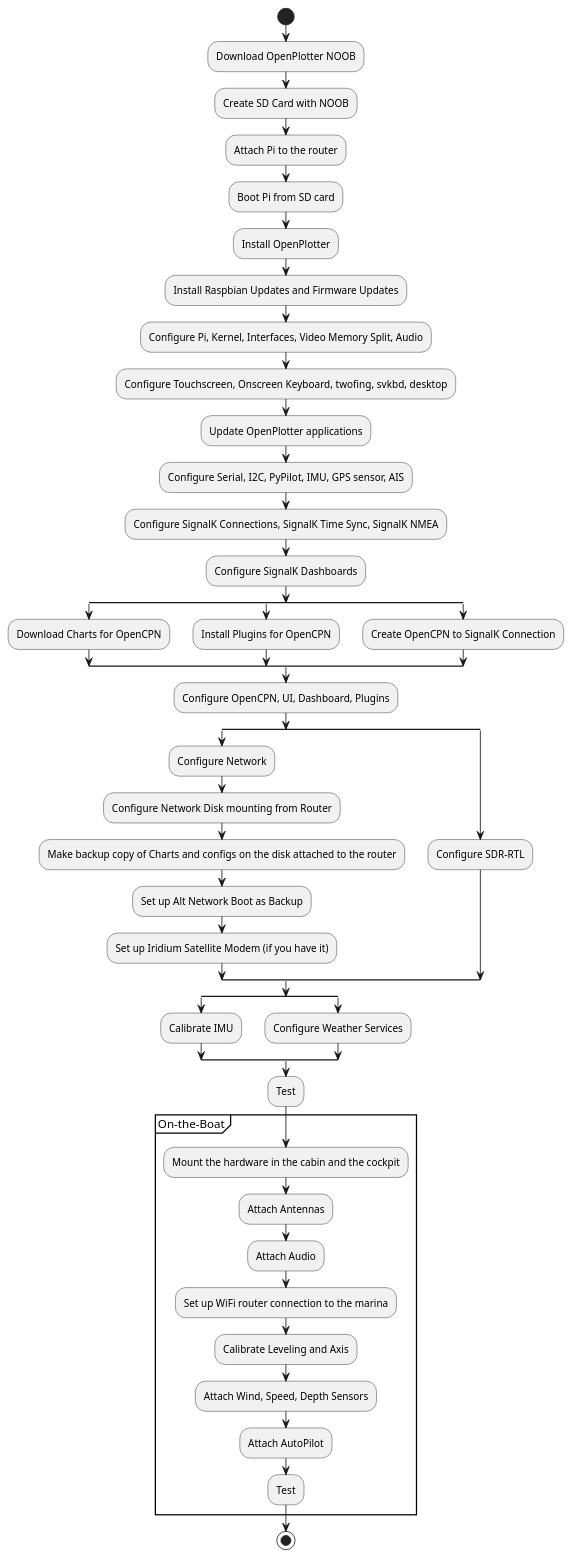
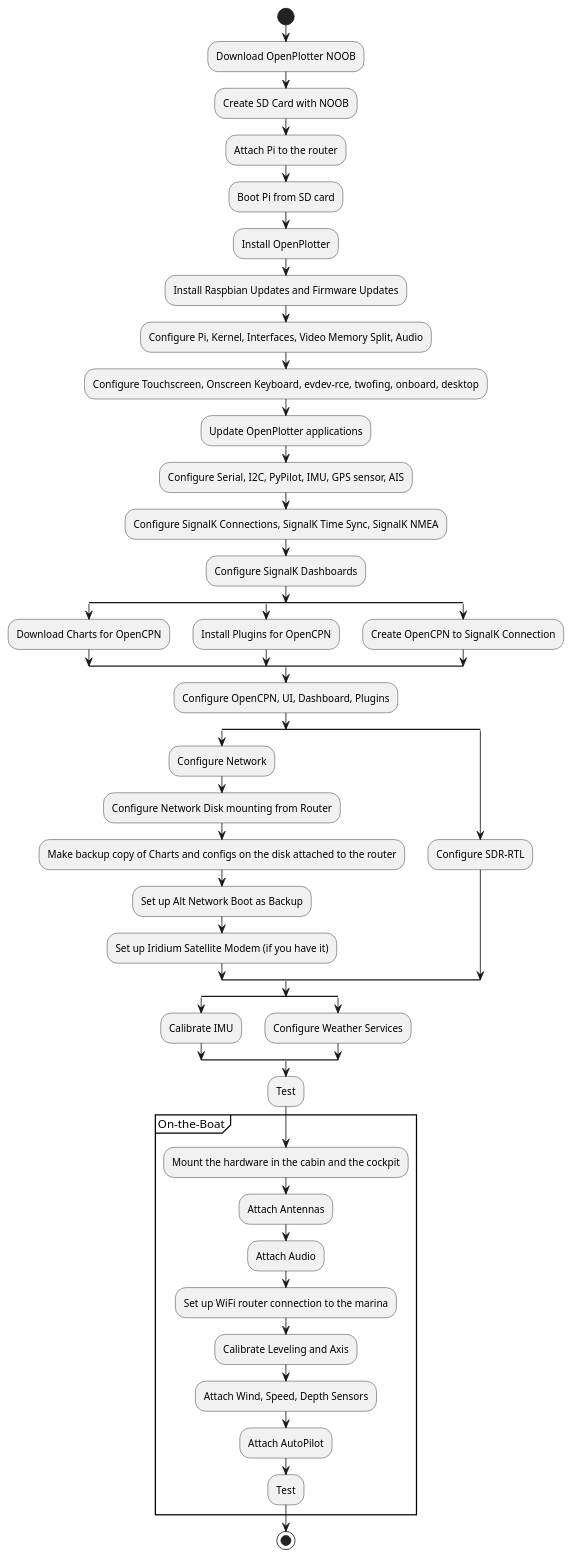
The diagram in docs/plantuml/basic-install-steps.puml (bareboat-necessities/my-bareboat), drawn with PlantUML before and after one commit. The commit also changed 12 other files, not shown here.

```diff
--- a/docs/plantuml/basic-install-steps.puml
+++ b/docs/plantuml/basic-install-steps.puml
@@ -1,50 +1,50 @@
 @startuml
 start
 :Download OpenPlotter NOOB;
 :Create SD Card with NOOB;
 :Attach Pi to the router;
 :Boot Pi from SD card;
 :Install OpenPlotter;
 :Install Raspbian Updates and Firmware Updates;
 :Configure Pi, Kernel, Interfaces, Video Memory Split, Audio;
-:Configure Touchscreen, Onscreen Keyboard, twofing, svkbd, desktop;
+:Configure Touchscreen, Onscreen Keyboard, evdev-rce, twofing, onboard, desktop;
 :Update OpenPlotter applications;
 :Configure Serial, I2C, PyPilot, IMU, GPS sensor, AIS;
 :Configure SignalK Connections, SignalK Time Sync, SignalK NMEA;
 :Configure SignalK Dashboards;
 split
  :Download Charts for OpenCPN;
 split again
  :Install Plugins for OpenCPN;
 split again
  :Create OpenCPN to SignalK Connection;
 end split
 :Configure OpenCPN, UI, Dashboard, Plugins;
 split
 :Configure Network;
 :Configure Network Disk mounting from Router;
 :Make backup copy of Charts and configs on the disk attached to the router;
 :Set up Alt Network Boot as Backup;
 :Set up Iridium Satellite Modem (if you have it);
 split again
 :Configure SDR-RTL;
 end split
 split
 :Calibrate IMU;
 split again
 :Configure Weather Services;
 end split
 :Test;
 partition On-the-Boat {
 	:Mount the hardware in the cabin and the cockpit;
 	:Attach Antennas;
 	:Attach Audio;
 	:Set up WiFi router connection to the marina;
 	:Calibrate Leveling and Axis;
 	:Attach Wind, Speed, Depth Sensors;
 	:Attach AutoPilot;
 	:Test;
 }
 
 stop
 @enduml
```
